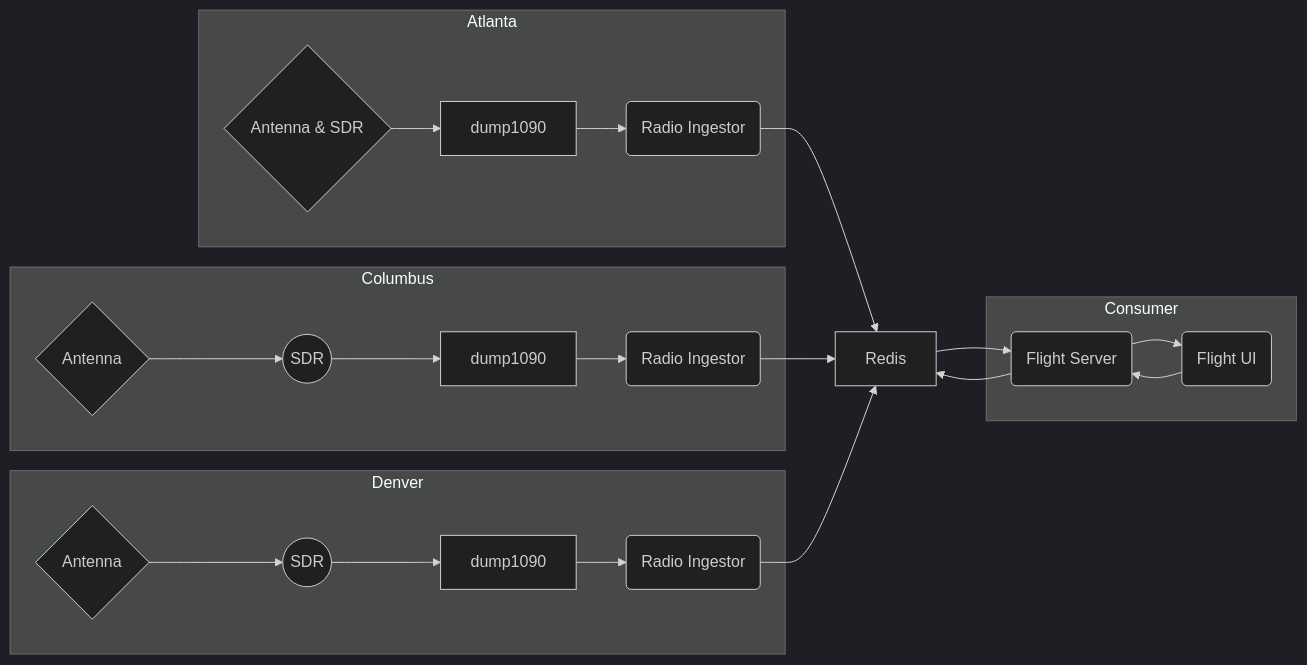
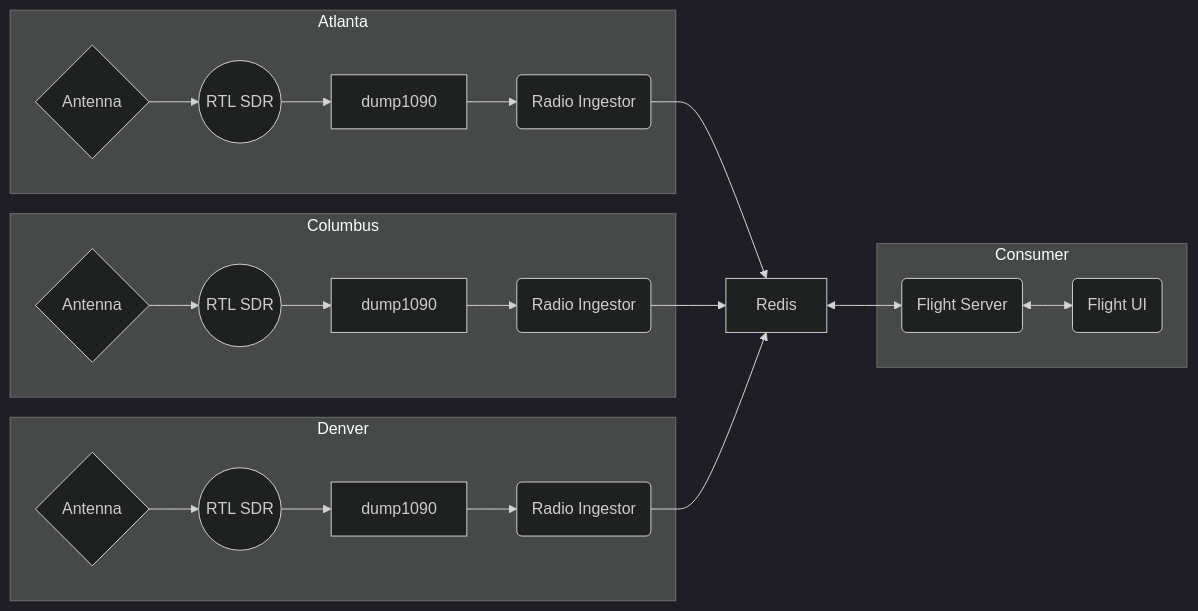
One commit to guyroyse/tracking-aircraft changed the diagram in README.md. Above: the diagram before and after it, drawn with Mermaid (dark theme).

Commit message:
playing with mermaid some more

````diff
--- a/README.md
+++ b/README.md
@@ -157,26 +157,19 @@
 ```mermaid
 graph LR
   subgraph "Atlanta"
-    ANT1{Antenna & SDR} --> DMP1[dump1090]
-    DMP1 --> ING1("Radio Ingestor")
+    ANT1{Antenna} --> SDR1((RTL SDR)) --> DMP1[dump1090] --> ING1("Radio Ingestor")
   end
   subgraph "Columbus"
-    ANT2{Antenna} --> SDR2((SDR))
-    SDR2 --> DMP2[dump1090]
-    DMP2 --> ING2("Radio Ingestor")
+    ANT2{Antenna} --> SDR2((RTL SDR)) --> DMP2[dump1090] --> ING2("Radio Ingestor")
   end
   subgraph "Denver"
-    ANT3{Antenna} --> SDR3((SDR))
-    SDR3 --> DMP3[dump1090]
-    DMP3 --> ING3("Radio Ingestor")
+    ANT3{Antenna} --> SDR3((RTL SDR)) --> DMP3[dump1090] --> ING3("Radio Ingestor")
   end
   ING1 --> RED[Redis]
-  ING2 --> RED[Redis]
-  ING3 --> RED[Redis]
-  RED --> SRV("Flight Server")
-  SRV --> RED
+  ING2 --> RED
+  ING3 --> RED
+  RED <--> SRV("Flight Server")
   subgraph "Consumer"
-    SRV --> WEB("Flight UI")
-    WEB --> SRV
+    SRV <--> WEB("Flight UI")
   end
 ```
````
